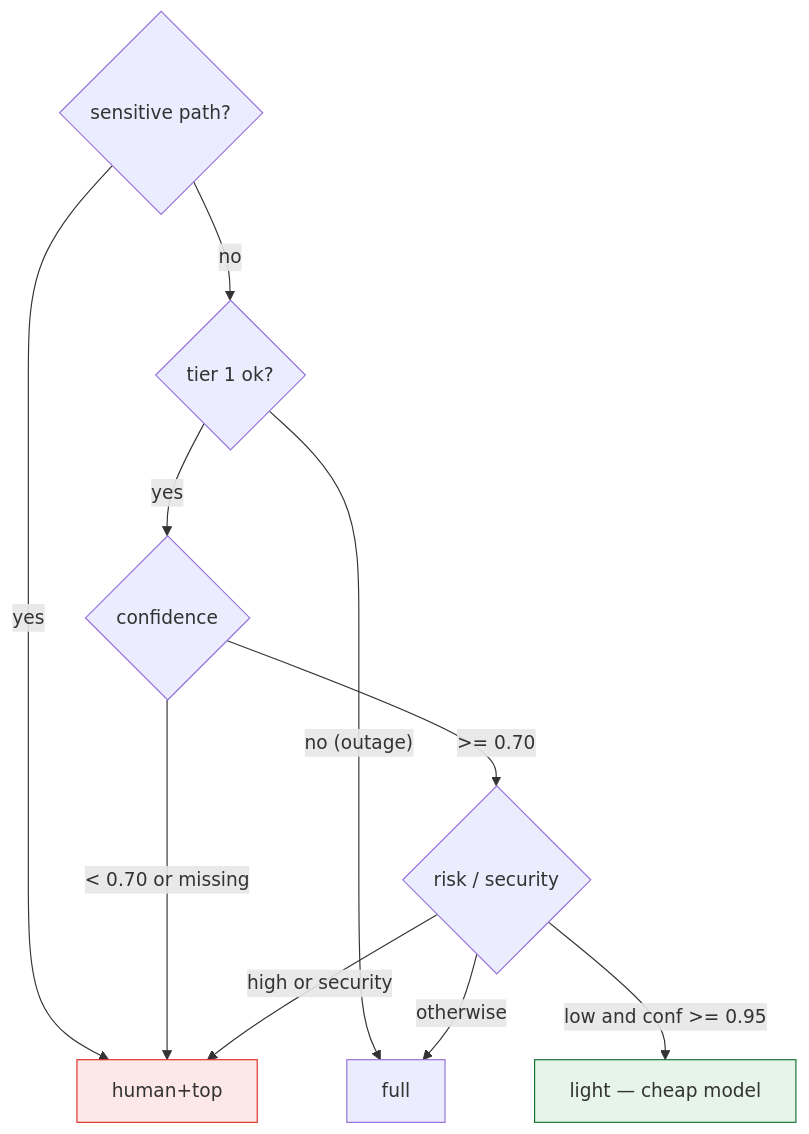
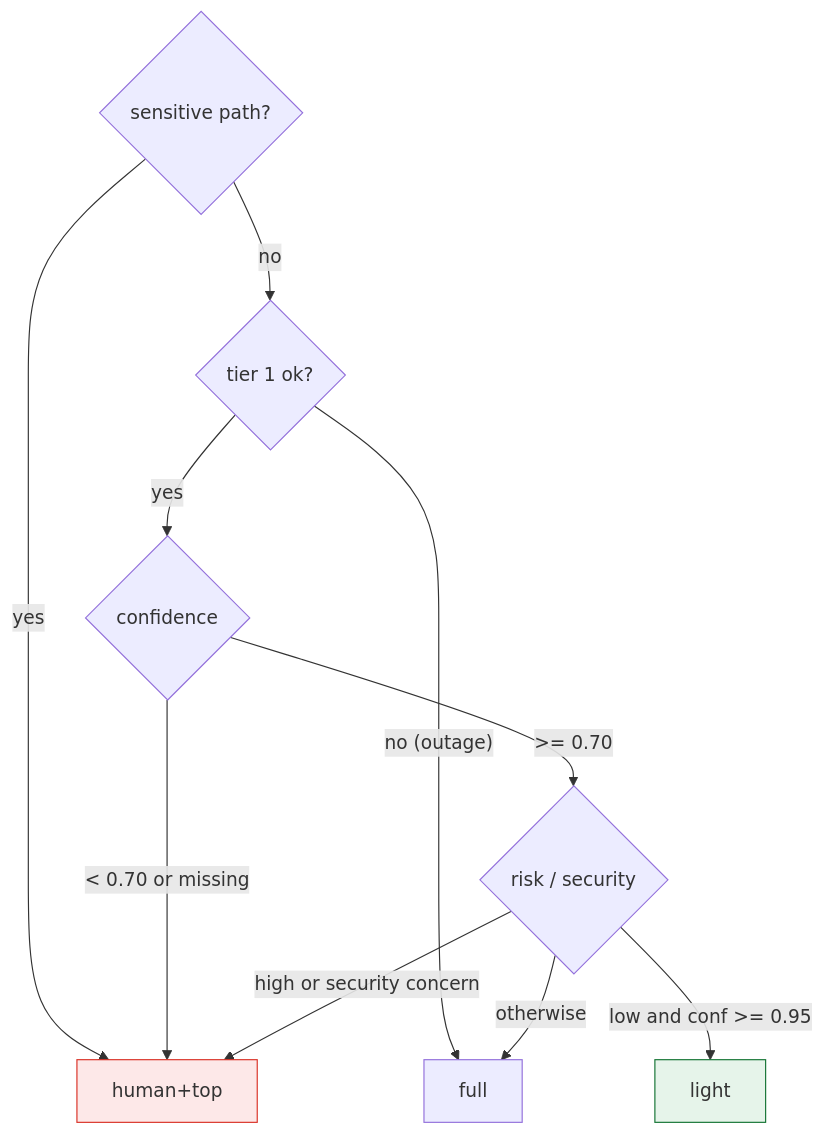
The third of 4 diagrams in docs/call-flow.md (liem18112000/graph-code-review-agent), drawn with Mermaid before and after one commit. The commit also changed other lines of this file and 11 other files, not shown here.

````diff
--- a/docs/call-flow.md
+++ b/docs/call-flow.md
@@ -231,15 +248,15 @@
 ```mermaid
 flowchart TD
     S{"sensitive path?"} -->|yes| H["human+top"]
     S -->|no| OK{"tier 1 ok?"}
     OK -->|"no (outage)"| F["full"]
     OK -->|yes| C{"confidence"}
     C -->|"< 0.70 or missing"| H
     C -->|">= 0.70"| R{"risk / security"}
-    R -->|"high or security"| H
-    R -->|"low and conf >= 0.95"| L["light — cheap model"]
+    R -->|"high or security concern"| H
+    R -->|"low and conf >= 0.95"| L["light"]
     R -->|otherwise| F
 
     style H fill:#fde8e8,stroke:#d93025
     style L fill:#e6f4ea,stroke:#137333
 ```
````
